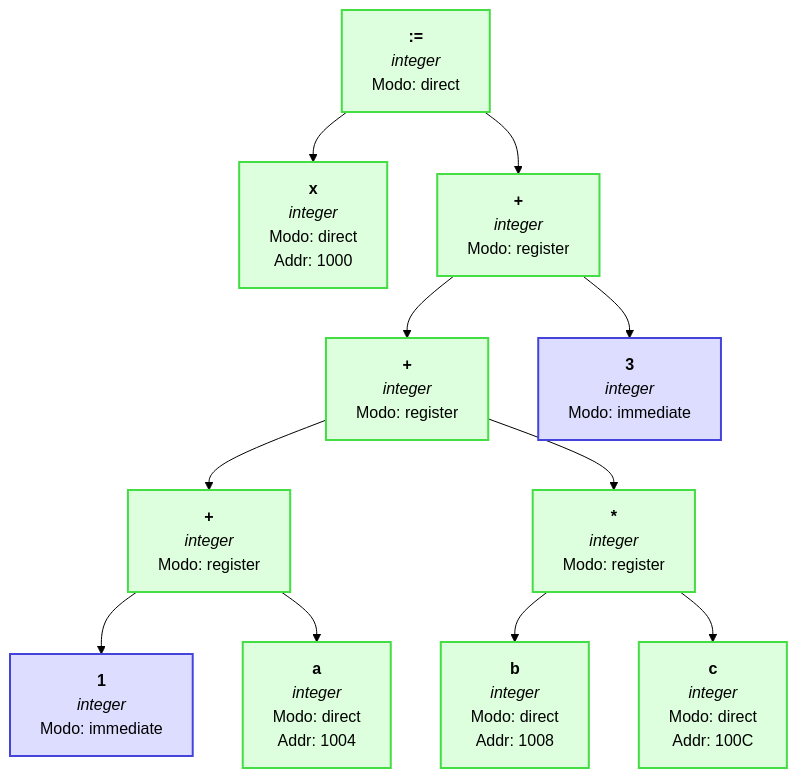
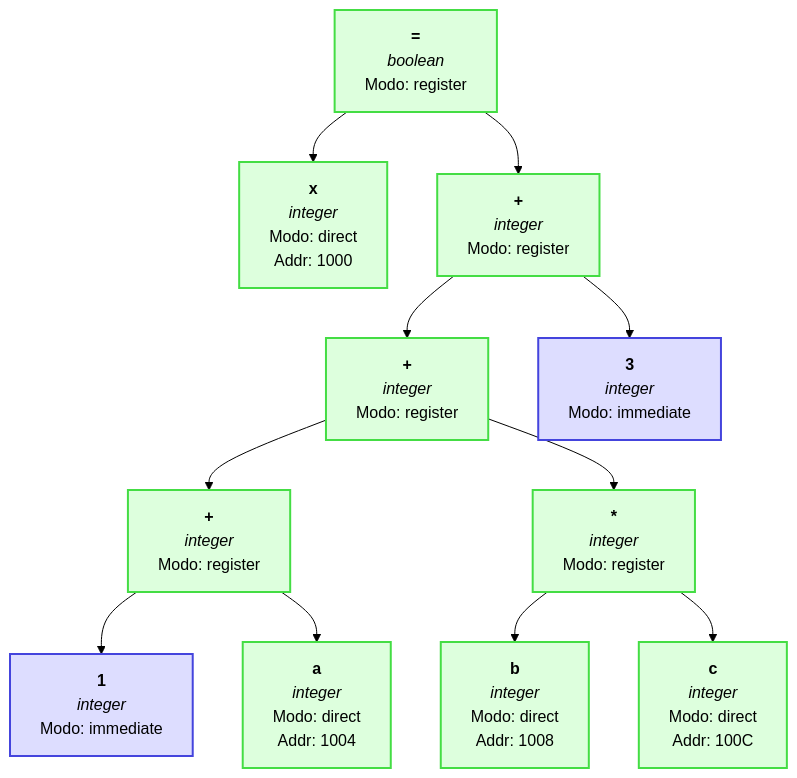
Before and after one commit to jangelmm/Compilador-Expresiones: the second of 2 diagrams in reports/reporte_x.md, drawn with Mermaid (forest theme). The commit also changed other lines of this file and 16 other files, not shown here.

````diff
--- a/reports/reporte_x.md
+++ b/reports/reporte_x.md
@@ -155,27 +189,27 @@
 ```mermaid
 graph TD
     classDef error fill:#ffdddd,stroke:#d44,stroke-width:2px;
     classDef default fill:#ddffdd,stroke:#4d4,stroke-width:2px;
     classDef immediate fill:#ddddff,stroke:#44d,stroke-width:2px;
-    N10["<b>:=</b><br/><i>integer</i><br/>Modo: direct"]:::default
+    N10["<b>=</b><br/><i>boolean</i><br/>Modo: register"]:::default
     N0["<b>x</b><br/><i>integer</i><br/>Modo: direct<br/>Addr: 1000"]:::default
     N10 --> N0
     N9["<b>+</b><br/><i>integer</i><br/>Modo: register"]:::default
     N7["<b>+</b><br/><i>integer</i><br/>Modo: register"]:::default
     N3["<b>+</b><br/><i>integer</i><br/>Modo: register"]:::default
     N1["<b>1</b><br/><i>integer</i><br/>Modo: immediate"]:::immediate
     N3 --> N1
     N2["<b>a</b><br/><i>integer</i><br/>Modo: direct<br/>Addr: 1004"]:::default
     N3 --> N2
     N7 --> N3
     N6["<b>*</b><br/><i>integer</i><br/>Modo: register"]:::default
     N4["<b>b</b><br/><i>integer</i><br/>Modo: direct<br/>Addr: 1008"]:::default
     N6 --> N4
     N5["<b>c</b><br/><i>integer</i><br/>Modo: direct<br/>Addr: 100C"]:::default
     N6 --> N5
     N7 --> N6
     N9 --> N7
     N8["<b>3</b><br/><i>integer</i><br/>Modo: immediate"]:::immediate
     N9 --> N8
     N10 --> N9
 ```
````
